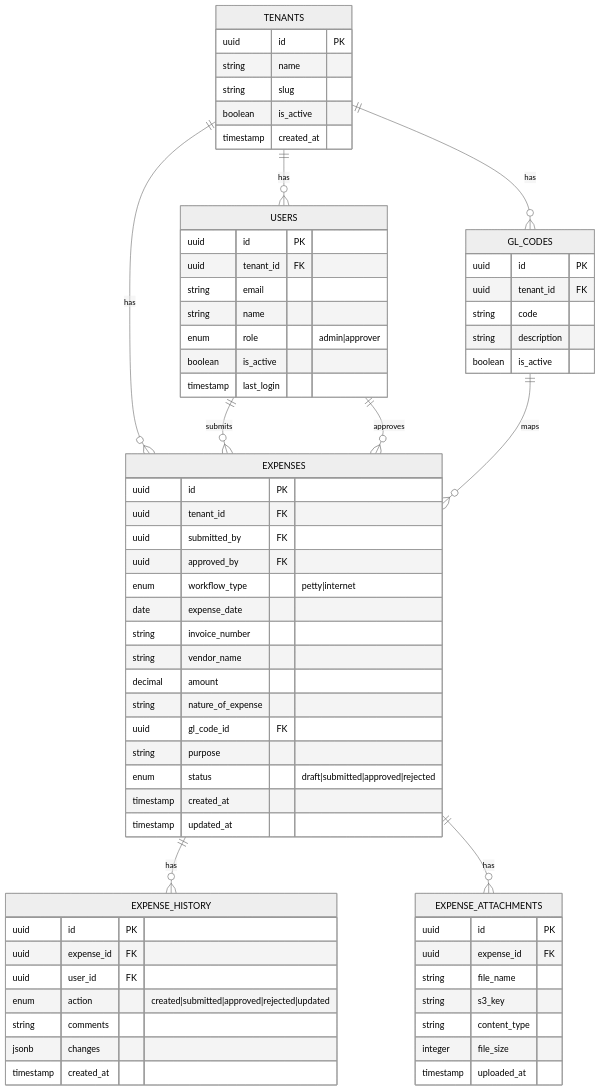
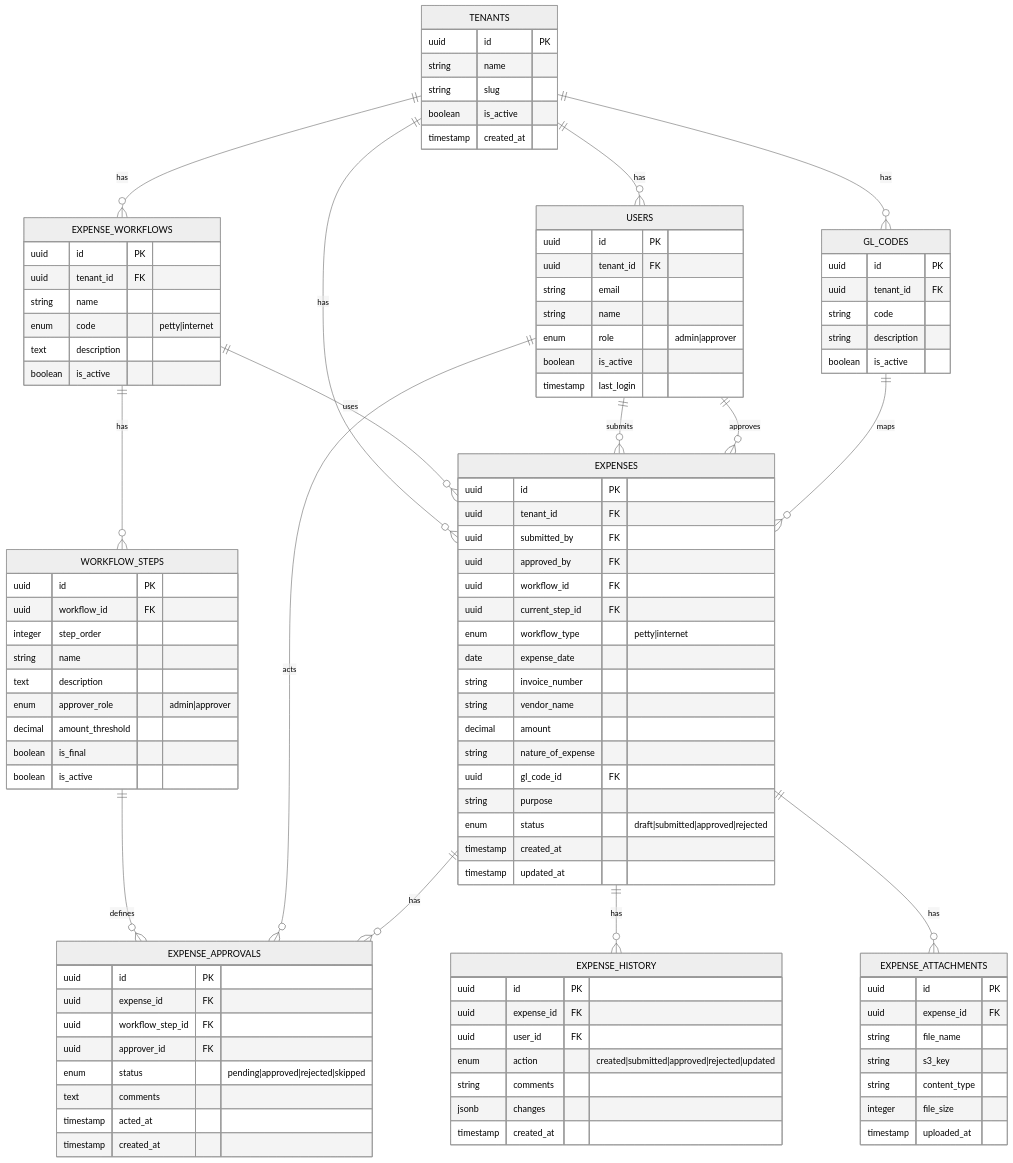
One commit to SandeepPamujula/sp-vibe changed the second of 4 diagrams in expense-mgmt/docs/architecture.md. Above: the diagram before and after it, drawn with Mermaid (neutral theme). The commit also changed other lines of this file and 5 other files, not shown here.

```diff
--- a/expense-mgmt/docs/architecture.md
+++ b/expense-mgmt/docs/architecture.md
@@ -90,8 +90,14 @@
     TENANTS ||--o{ USERS : has
     TENANTS ||--o{ EXPENSES : has
     TENANTS ||--o{ GL_CODES : has
+    TENANTS ||--o{ EXPENSE_WORKFLOWS : has
+    EXPENSE_WORKFLOWS ||--o{ WORKFLOW_STEPS : has
+    EXPENSE_WORKFLOWS ||--o{ EXPENSES : uses
+    WORKFLOW_STEPS ||--o{ EXPENSE_APPROVALS : defines
     USERS ||--o{ EXPENSES : submits
     USERS ||--o{ EXPENSES : approves
+    USERS ||--o{ EXPENSE_APPROVALS : acts
+    EXPENSES ||--o{ EXPENSE_APPROVALS : has
     EXPENSES ||--o{ EXPENSE_HISTORY : has
     EXPENSES ||--o{ EXPENSE_ATTACHMENTS : has
     GL_CODES ||--o{ EXPENSES : maps
@@ -122,11 +128,34 @@
         boolean is_active
     }
     
+    EXPENSE_WORKFLOWS {
+        uuid id PK
+        uuid tenant_id FK
+        string name
+        enum code "petty|internet"
+        text description
+        boolean is_active
+    }
+    
+    WORKFLOW_STEPS {
+        uuid id PK
+        uuid workflow_id FK
+        integer step_order
+        string name
+        text description
+        enum approver_role "admin|approver"
+        decimal amount_threshold
+        boolean is_final
+        boolean is_active
+    }
+    
     EXPENSES {
         uuid id PK
         uuid tenant_id FK
         uuid submitted_by FK
         uuid approved_by FK
+        uuid workflow_id FK
+        uuid current_step_id FK
         enum workflow_type "petty|internet"
         date expense_date
         string invoice_number
@@ -138,6 +167,17 @@
         enum status "draft|submitted|approved|rejected"
         timestamp created_at
         timestamp updated_at
+    }
+    
+    EXPENSE_APPROVALS {
+        uuid id PK
+        uuid expense_id FK
+        uuid workflow_step_id FK
+        uuid approver_id FK
+        enum status "pending|approved|rejected|skipped"
+        text comments
+        timestamp acted_at
+        timestamp created_at
     }
     
     EXPENSE_HISTORY {
```
